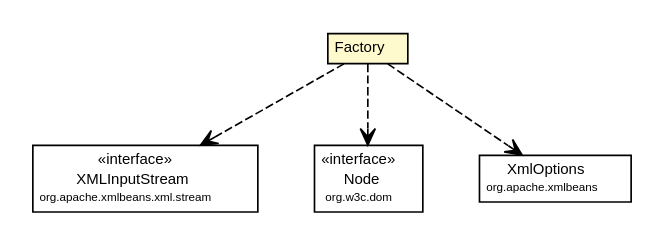
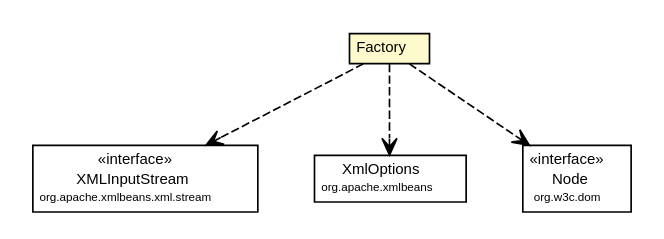
The diagram in site/apidocs/org/synchronoss/cpo/core/cpoCoreMeta/CtCpoMetaData.Factory.dot (synchronoss/cpo-api), drawn with Graphviz before and after one commit. The commit also changed 872 other files, not shown here.

```diff
--- a/site/apidocs/org/synchronoss/cpo/core/cpoCoreMeta/CtCpoMetaData.Factory.dot
+++ b/site/apidocs/org/synchronoss/cpo/core/cpoCoreMeta/CtCpoMetaData.Factory.dot
@@ -1,45 +1,45 @@
 #!/usr/local/bin/dot
 #
 # Class diagram 
 # Generated by UmlGraph version 4.6 (http://www.spinellis.gr/sw/umlgraph)
 #
 
 digraph G {
 	edge [fontname="Helvetica",fontsize=10,labelfontname="Helvetica",labelfontsize=10];
 	node [fontname="Helvetica",fontsize=10,shape=plaintext];
 	// org.synchronoss.cpo.core.cpoCoreMeta.CtCpoMetaData.Factory
 	c23759 [label=<<table border="0" cellborder="1" cellspacing="0" cellpadding="2" port="p" bgcolor="lemonChiffon" href="./CtCpoMetaData.Factory.html">
 		<tr><td><table border="0" cellspacing="0" cellpadding="1">
 			<tr><td> Factory </td></tr>
 		</table></td></tr>
 		</table>>, fontname="Helvetica", fontcolor="black", fontsize=9.0];
 	// org.synchronoss.cpo.core.cpoCoreMeta.CtCpoMetaData.Factory DEPEND org.apache.xmlbeans.xml.stream.XMLInputStream
 	c23759:p -> c23900:p [taillabel="", label="", headlabel="", fontname="Helvetica", fontcolor="black", fontsize=10.0, color="black", arrowhead=open, style=dashed];
+	// org.synchronoss.cpo.core.cpoCoreMeta.CtCpoMetaData.Factory DEPEND org.apache.xmlbeans.XmlOptions
+	c23759:p -> c23901:p [taillabel="", label="", headlabel="", fontname="Helvetica", fontcolor="black", fontsize=10.0, color="black", arrowhead=open, style=dashed];
 	// org.synchronoss.cpo.core.cpoCoreMeta.CtCpoMetaData.Factory DEPEND org.w3c.dom.Node
-	c23759:p -> c23901:p [taillabel="", label="", headlabel="", fontname="Helvetica", fontcolor="black", fontsize=10.0, color="black", arrowhead=open, style=dashed];
-	// org.synchronoss.cpo.core.cpoCoreMeta.CtCpoMetaData.Factory DEPEND org.apache.xmlbeans.XmlOptions
 	c23759:p -> c23902:p [taillabel="", label="", headlabel="", fontname="Helvetica", fontcolor="black", fontsize=10.0, color="black", arrowhead=open, style=dashed];
 	// org.apache.xmlbeans.xml.stream.XMLInputStream
 	c23900 [label=<<table border="0" cellborder="1" cellspacing="0" cellpadding="2" port="p" href="http://java.sun.com/j2se/1.4.2/docs/api/org/apache/xmlbeans/xml/stream/XMLInputStream.html">
 		<tr><td><table border="0" cellspacing="0" cellpadding="1">
 			<tr><td> &laquo;interface&raquo; </td></tr>
 			<tr><td> XMLInputStream </td></tr>
 			<tr><td><font point-size="7.0"> org.apache.xmlbeans.xml.stream </font></td></tr>
 		</table></td></tr>
 		</table>>, fontname="Helvetica", fontcolor="black", fontsize=9.0];
 	// org.apache.xmlbeans.XmlOptions
-	c23902 [label=<<table border="0" cellborder="1" cellspacing="0" cellpadding="2" port="p" href="http://java.sun.com/j2se/1.4.2/docs/api/org/apache/xmlbeans/XmlOptions.html">
+	c23901 [label=<<table border="0" cellborder="1" cellspacing="0" cellpadding="2" port="p" href="http://java.sun.com/j2se/1.4.2/docs/api/org/apache/xmlbeans/XmlOptions.html">
 		<tr><td><table border="0" cellspacing="0" cellpadding="1">
 			<tr><td> XmlOptions </td></tr>
 			<tr><td><font point-size="7.0"> org.apache.xmlbeans </font></td></tr>
 		</table></td></tr>
 		</table>>, fontname="Helvetica", fontcolor="black", fontsize=9.0];
 	// org.w3c.dom.Node
-	c23901 [label=<<table border="0" cellborder="1" cellspacing="0" cellpadding="2" port="p" href="http://java.sun.com/j2se/1.4.2/docs/api/org/w3c/dom/Node.html">
+	c23902 [label=<<table border="0" cellborder="1" cellspacing="0" cellpadding="2" port="p" href="http://java.sun.com/j2se/1.4.2/docs/api/org/w3c/dom/Node.html">
 		<tr><td><table border="0" cellspacing="0" cellpadding="1">
 			<tr><td> &laquo;interface&raquo; </td></tr>
 			<tr><td> Node </td></tr>
 			<tr><td><font point-size="7.0"> org.w3c.dom </font></td></tr>
 		</table></td></tr>
 		</table>>, fontname="Helvetica", fontcolor="black", fontsize=9.0];
 }
```
